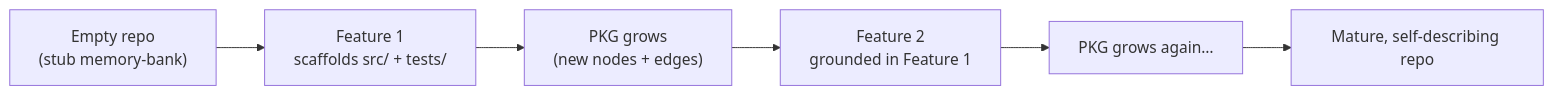
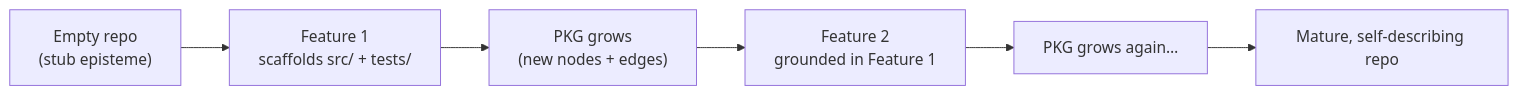
The fifth of 5 diagrams in KNOWLEDGE_GRAPH.md (synaptixs/spine), drawn with Mermaid before and after one commit. The commit also changed other lines of this file and 32 other files, not shown here.

````diff
--- a/KNOWLEDGE_GRAPH.md
+++ b/KNOWLEDGE_GRAPH.md
@@ -313,8 +313,8 @@
 ```mermaid
 flowchart LR
-    s0["Empty repo<br/>(stub memory-bank)"] --> s1["Feature 1<br/>scaffolds src/ + tests/"]
+    s0["Empty repo<br/>(stub episteme)"] --> s1["Feature 1<br/>scaffolds src/ + tests/"]
     s1 --> s2["PKG grows<br/>(new nodes + edges)"]
     s2 --> s3["Feature 2<br/>grounded in Feature 1"]
     s3 --> s4["PKG grows again…"]
     s4 --> s5["Mature, self-describing repo"]
 ```
````
